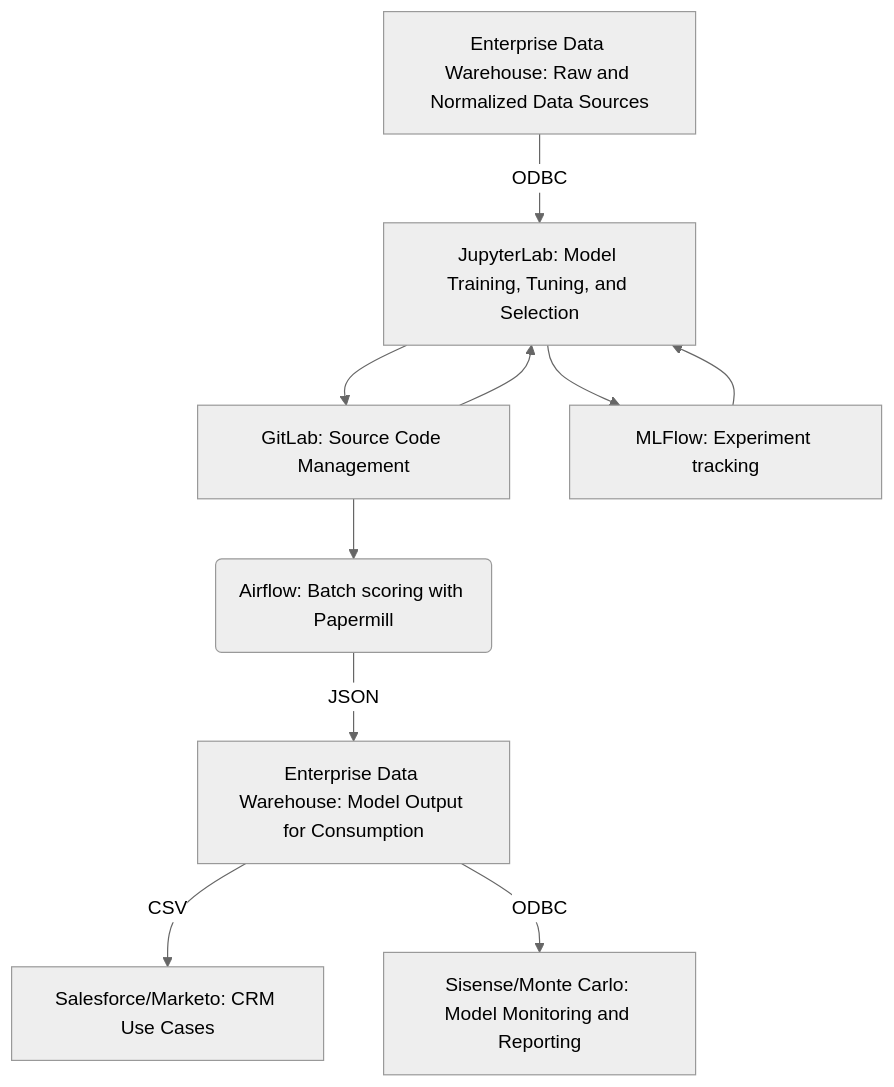
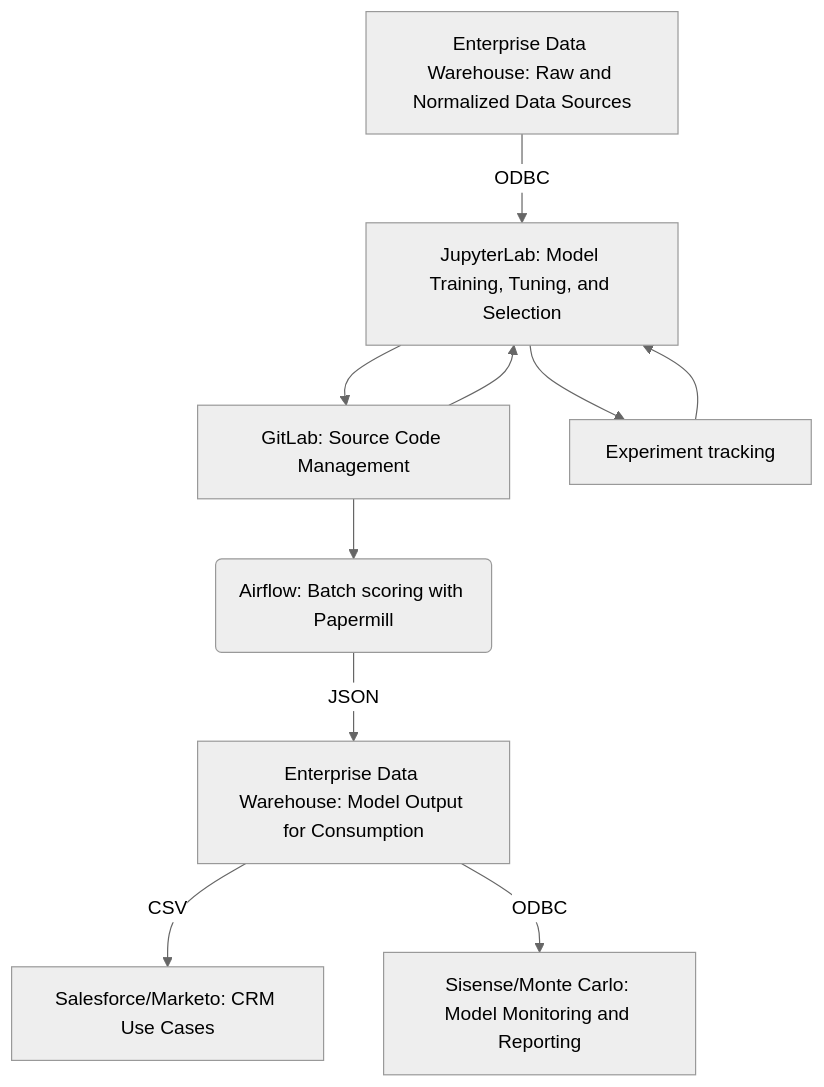
Before and after one commit to secretstartups/handbook: the second of 2 diagrams in business-technology/data-team/organization/data-science/index.html.md, drawn with Mermaid (neutral theme). The commit also changed other lines of this file, not shown here.

````diff
--- a/business-technology/data-team/organization/data-science/index.html.md
+++ b/business-technology/data-team/organization/data-science/index.html.md
@@ -202,20 +201,20 @@
 ```mermaid
 graph 
     A[Enterprise Data Warehouse: Raw and Normalized Data Sources]
     B[JupyterLab: Model Training, Tuning, and Selection]
     C(Airflow: Batch scoring with Papermill)
     F[Enterprise Data Warehouse: Model Output for Consumption]
     D[Salesforce/Marketo: CRM Use Cases]
     E[Sisense/Monte Carlo: Model Monitoring and Reporting]
     G[GitLab: Source Code Management]
-    H[MLFlow: Experiment tracking]
+    H[Experiment tracking]
     A --> |ODBC| B
     B --> H
     H --> B
     B --> G
     G --> B
     G --> C
     C --> |JSON| F
     F --> |CSV| D
     F --> |ODBC| E
 ```
````
